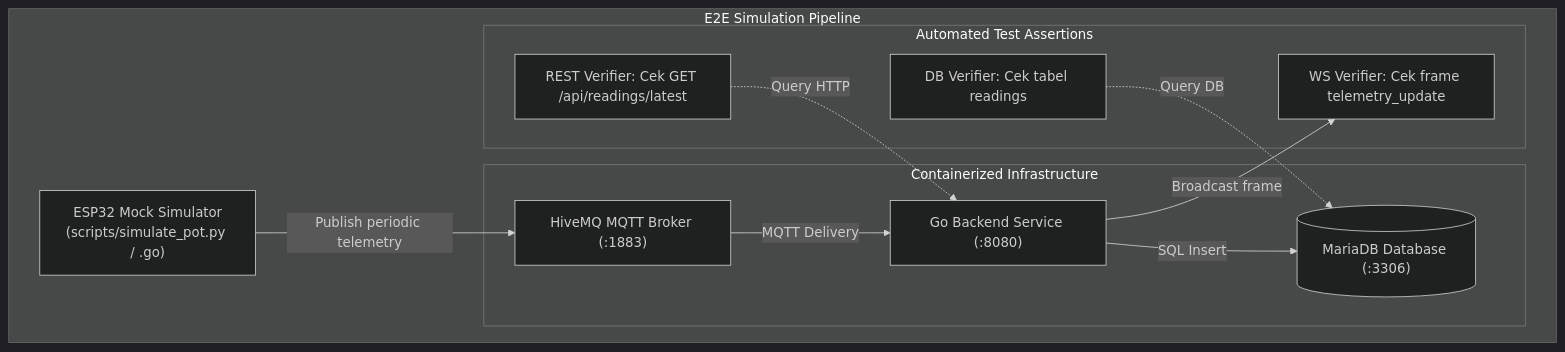
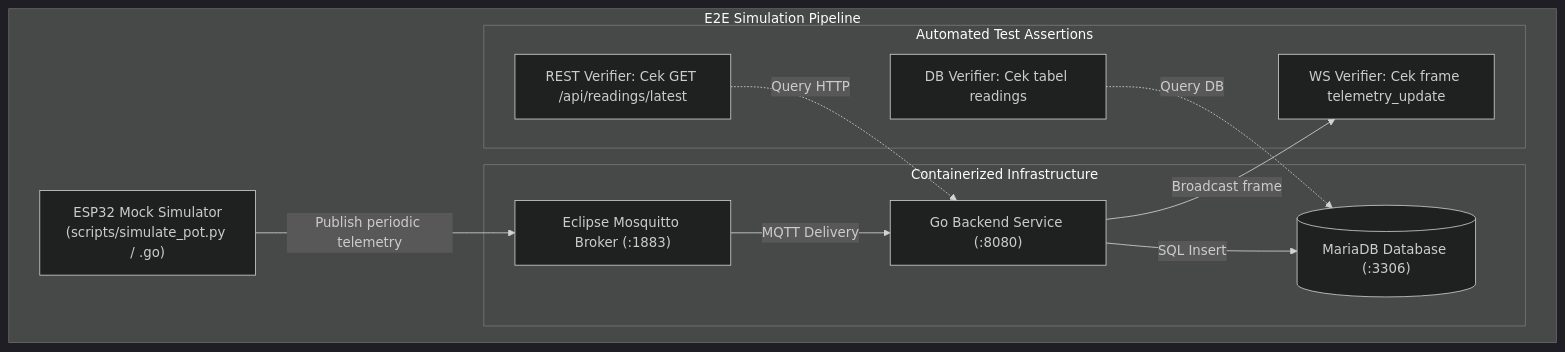
Before and after one commit to re4dam/mstr-smart-grow: the diagram in docs/specs/09-integration-testing-deployment/design.md, drawn with Mermaid (dark theme). The commit also changed other lines of this file and 12 other files, not shown here.

Commit message:
docs: migrate MQTT broker references from HiveMQ to Eclipse Mosquitto across documentation and specifications

````diff
--- a/docs/specs/09-integration-testing-deployment/design.md
+++ b/docs/specs/09-integration-testing-deployment/design.md
@@ -11,25 +11,25 @@
 ```mermaid
 flowchart TD
     subgraph TestEnvironment ["E2E Simulation Pipeline"]
         Simulator["ESP32 Mock Simulator\n(scripts/simulate_pot.py / .go)"]
         
         subgraph Infrastructure ["Containerized Infrastructure"]
-            Broker["HiveMQ MQTT Broker (:1883)"]
+            Broker["Eclipse Mosquitto Broker (:1883)"]
             Backend["Go Backend Service (:8080)"]
             DB[("MariaDB Database (:3306)")]
         end
 
         subgraph Verification ["Automated Test Assertions"]
             AssertDB["DB Verifier: Cek tabel readings"]
             AssertREST["REST Verifier: Cek GET /api/readings/latest"]
             AssertWS["WS Verifier: Cek frame telemetry_update"]
         end
     end
 
     Simulator -->|Publish periodic telemetry| Broker
     Broker -->|MQTT Delivery| Backend
     Backend -->|SQL Insert| DB
     Backend -->|Broadcast frame| AssertWS
     AssertDB -.->|Query DB| DB
     AssertREST -.->|Query HTTP| Backend
 ```
````
